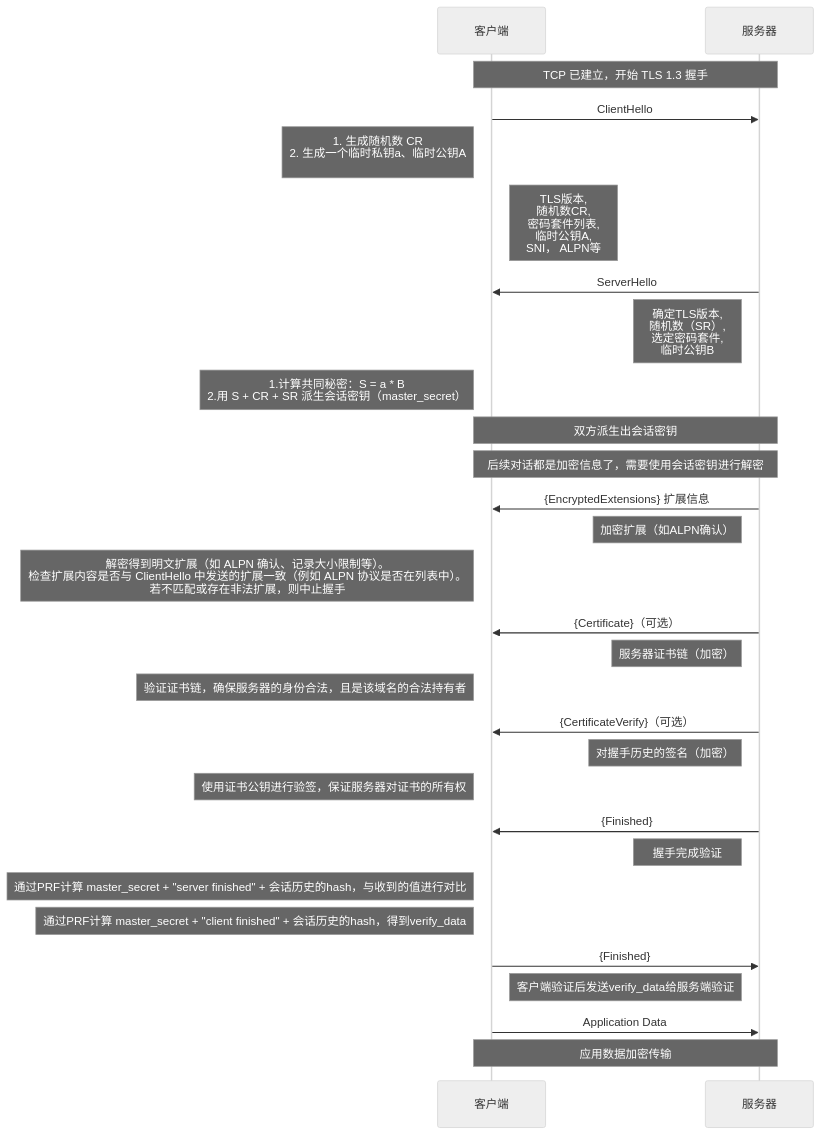
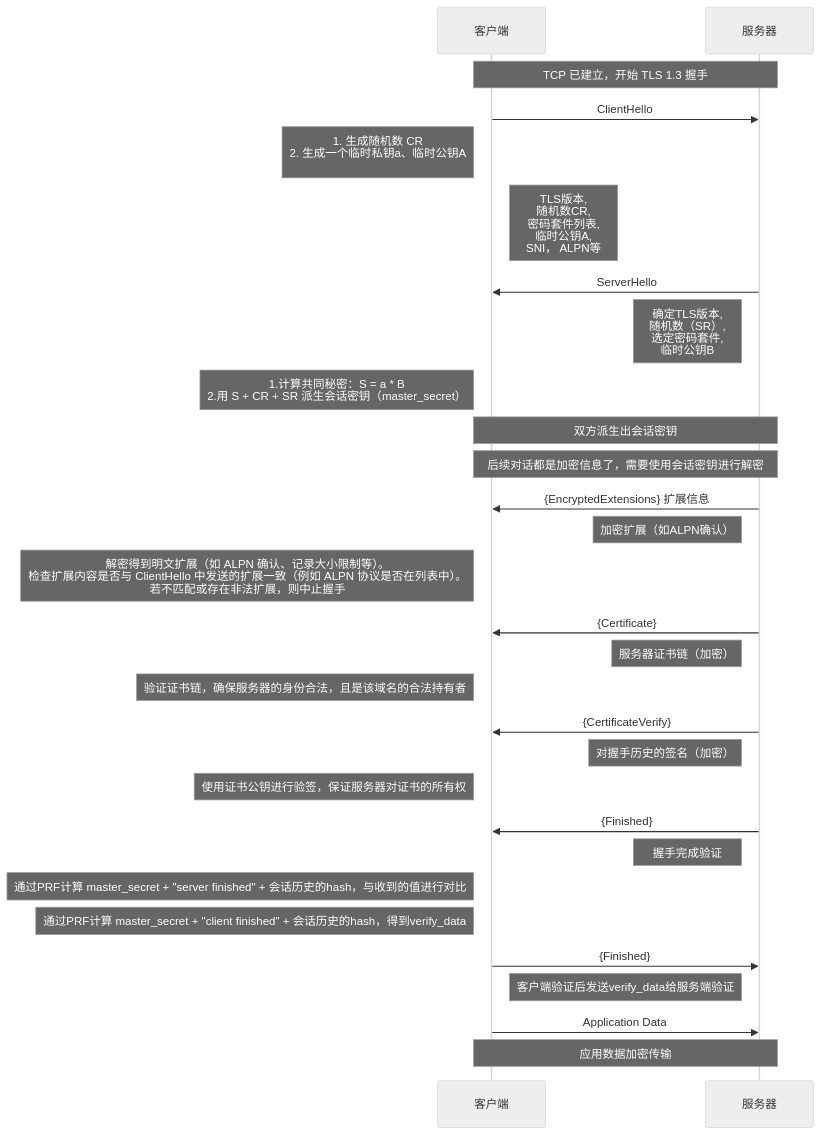
Before and after one commit to HY-10-8/iodraw-files: the diagram in all/TLS-1.3-通用.md, drawn with Mermaid (neutral theme).

Commit message:
2026-03-31 09:50:04 update

````diff
--- a/all/TLS-1.3-通用.md
+++ b/all/TLS-1.3-通用.md
@@ -1,41 +1,41 @@
 ```mermaid
 sequenceDiagram
     participant C as 客户端
     participant S as 服务器
 
     Note over C,S: TCP 已建立，开始 TLS 1.3 握手
 
     C->>S: ClientHello
     Note left of C: 1. 生成随机数 CR<br/> 2. 生成一个临时私钥a、临时公钥A<br/>
     Note right of C: TLS版本,<br/> 随机数CR,<br/> 密码套件列表,<br/> 临时公钥A,<br/> SNI， ALPN等
 
     S->>C: ServerHello
     Note left of S: 确定TLS版本, <br/>随机数（SR）,<br/> 选定密码套件, <br/>临时公钥B
     Note left of C: 1.计算共同秘密：S = a * B<br/> 2.用 S + CR + SR 派生会话密钥（master_secret）
 
     Note over C,S: 双方派生出会话密钥
     Note over C,S: 后续对话都是加密信息了，需要使用会话密钥进行解密
 
     S->>C: {EncryptedExtensions} 扩展信息
     Note left of S: 加密扩展（如ALPN确认）
     Note left of C: 解密得到明文扩展（如 ALPN 确认、记录大小限制等）。<br/>检查扩展内容是否与 ClientHello 中发送的扩展一致（例如 ALPN 协议是否在列表中）。<br/> 若不匹配或存在非法扩展，则中止握手
 
-    S->>C: {Certificate}（可选）
+    S->>C: {Certificate}
     Note left of S: 服务器证书链（加密）
     Note left of C: 验证证书链，确保服务器的身份合法，且是该域名的合法持有者
 
-    S->>C: {CertificateVerify}（可选）
+    S->>C: {CertificateVerify}
     Note left of S: 对握手历史的签名（加密）
     Note left of C: 使用证书公钥进行验签，保证服务器对证书的所有权
 
     S->>C: {Finished}
     Note left of S: 握手完成验证
     Note left of C: 通过PRF计算 master_secret + "server finished" + 会话历史的hash，与收到的值进行对比
     Note left of C: 通过PRF计算 master_secret + "client finished" + 会话历史的hash，得到verify_data
 
     C->>S: {Finished}
     Note right of C: 客户端验证后发送verify_data给服务端验证
 
     C->>S: Application Data
     Note over C,S: 应用数据加密传输
 ```
````
